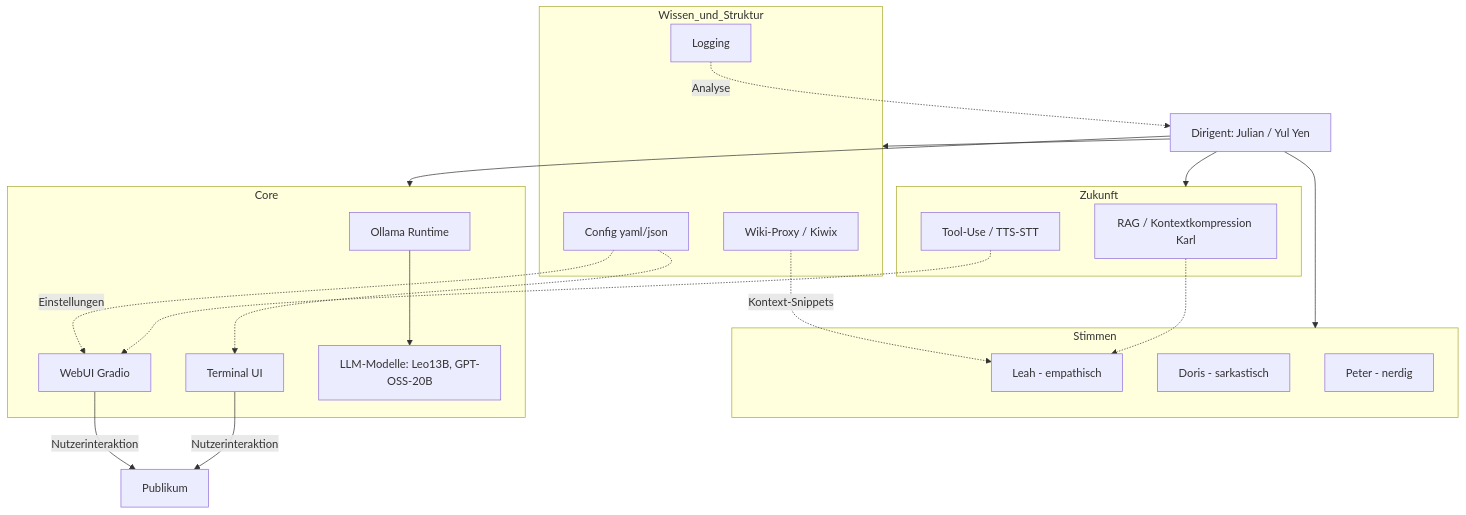
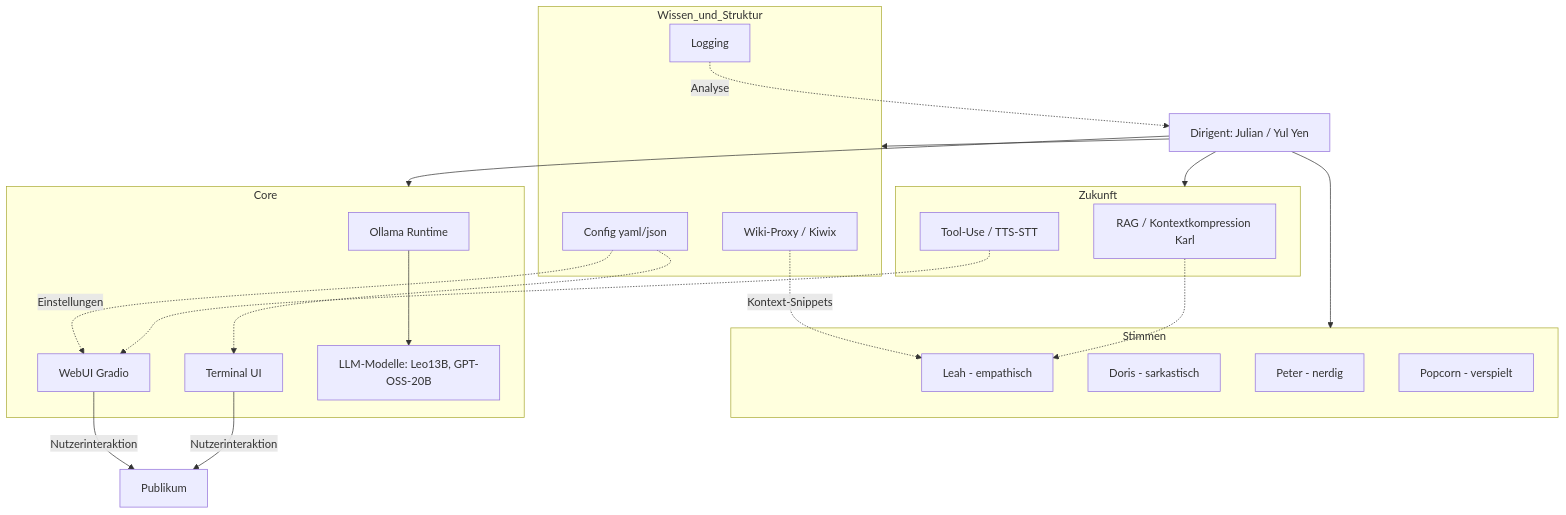
One commit to YulYen/YulYens_AI changed the diagram in ReadMe.md. Above: the diagram before and after it, drawn with Mermaid. The commit also changed other lines of this file and 4 other files, not shown here.

````diff
--- a/ReadMe.md
+++ b/ReadMe.md
@@ -11,45 +11,46 @@
 ```mermaid
 flowchart TD
   A[Dirigent: Julian / Yul Yen]
 
   subgraph Stimmen
     L[Leah - empathisch]
     D[Doris - sarkastisch]
     P[Peter - nerdig]
+    Po[Popcorn - verspielt]
   end
 
   subgraph Core
     O[Ollama Runtime]
     W[WebUI Gradio]
     T[Terminal UI]
     M[LLM-Modelle: Leo13B, GPT-OSS-20B]
   end
 
   subgraph Wissen_und_Struktur
     K[Wiki-Proxy / Kiwix]
     CFG[Config yaml/json]
     LOG[Logging]
   end
 
   subgraph Zukunft
     R[RAG / Kontextkompression Karl]
     S[Tool-Use / TTS-STT]
   end
 
   A --> Stimmen
   A --> Core
   A --> Wissen_und_Struktur
   A --> Zukunft
 
   O --> M
   W -->|Nutzerinteraktion| X[Publikum]
   T -->|Nutzerinteraktion| X
 
   K -.->|Kontext-Snippets| L
   CFG -.->|Einstellungen| W
   CFG -.-> T
   LOG -.->|Analyse| A
 
   R -.-> L
   S -.-> W
 ```
````
